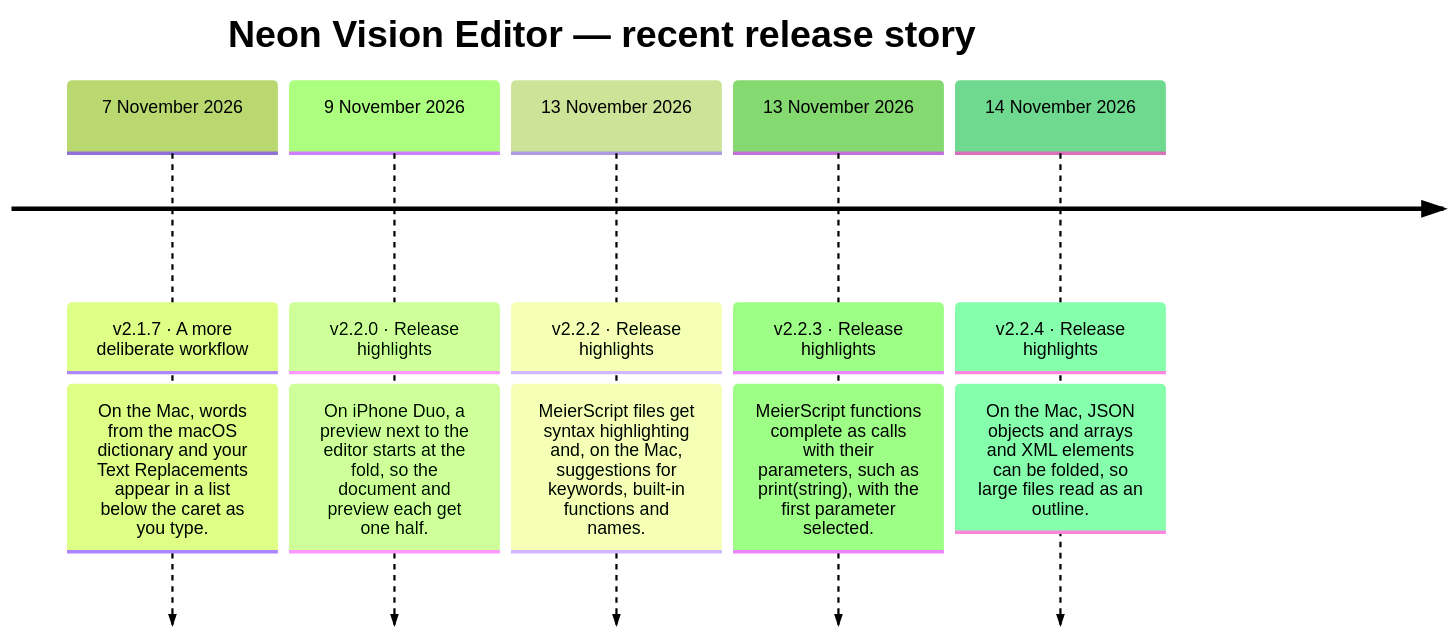
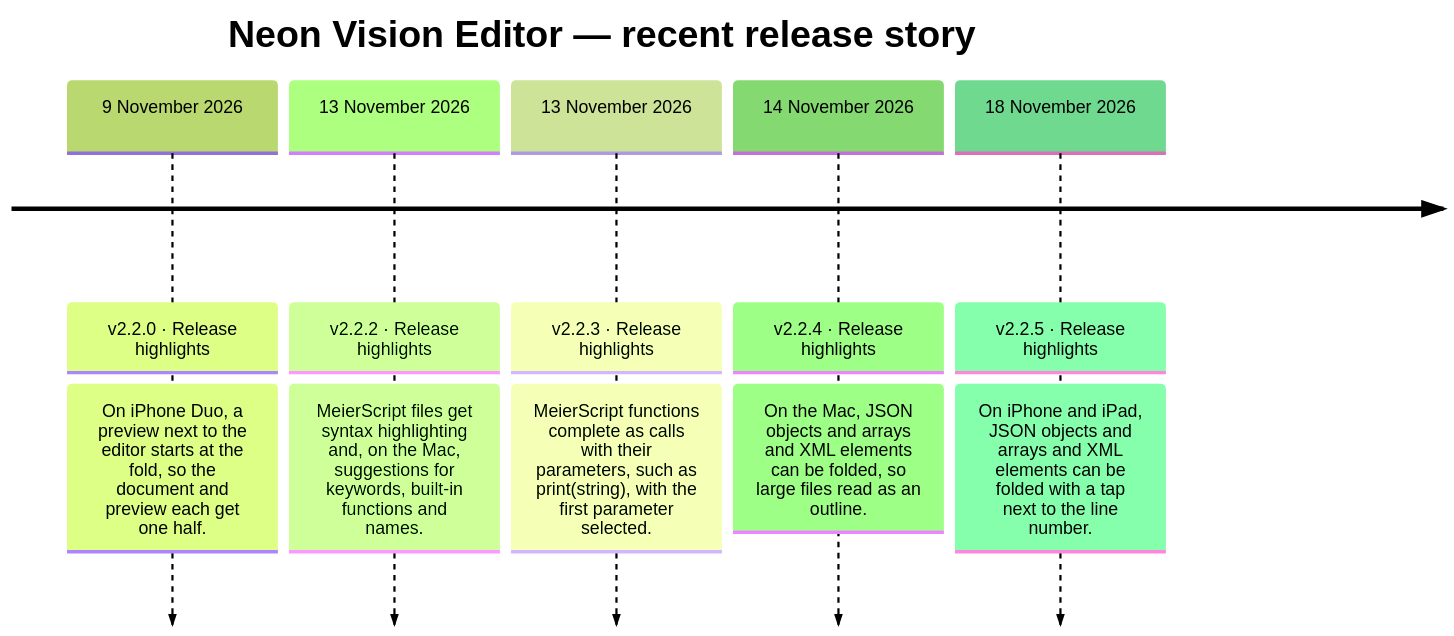
One commit to h3pdesign/Neon-Vision-Editor changed the diagram in README.md. Above: the diagram before and after it, drawn with Mermaid (forest theme). The commit also changed other lines of this file and 9 other files, not shown here.

````diff
--- a/README.md
+++ b/README.md
@@ -763,14 +761,14 @@
 ```mermaid
 timeline
     title Neon Vision Editor — recent release story
-    7 November 2026 : v2.1.7 · A more deliberate workflow
-                : On the Mac, words from the macOS dictionary and your Text Replacements appear in a list below the caret as you type.
     9 November 2026 : v2.2.0 · Release highlights
                 : On iPhone Duo, a preview next to the editor starts at the fold, so the document and preview each get one half.
     13 November 2026 : v2.2.2 · Release highlights
                 : MeierScript files get syntax highlighting and, on the Mac, suggestions for keywords, built-in functions and names.
     13 November 2026 : v2.2.3 · Release highlights
                 : MeierScript functions complete as calls with their parameters, such as print(string), with the first parameter selected.
     14 November 2026 : v2.2.4 · Release highlights
                 : On the Mac, JSON objects and arrays and XML elements can be folded, so large files read as an outline.
+    18 November 2026 : v2.2.5 · Release highlights
+                : On iPhone and iPad, JSON objects and arrays and XML elements can be folded with a tap next to the line number.
 ```
````
